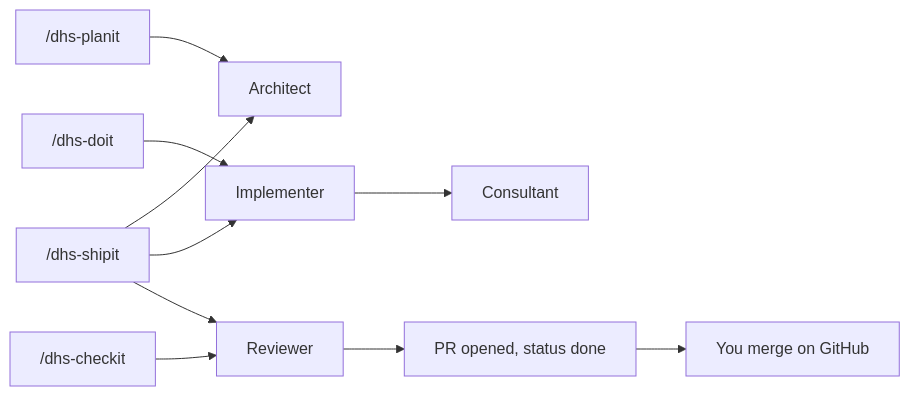
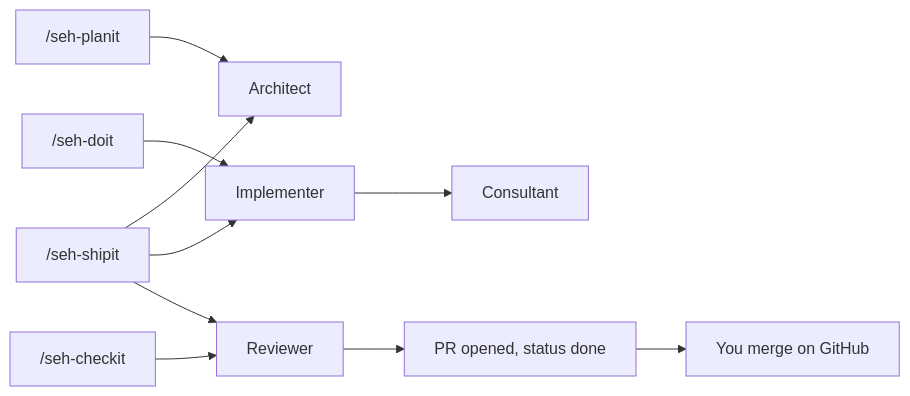
The first of 3 diagrams in README.md (meehow-halas/se-harness), drawn with Mermaid before and after one commit. The commit also changed other lines of this file and 67 other files, not shown here.

Commit message:
renaming dhs to seh

````diff
--- a/README.md
+++ b/README.md
@@ -114,12 +114,12 @@
 ```mermaid
 flowchart LR
-  planit["/dhs-planit"] --> architect[Architect]
-  doit["/dhs-doit"] --> implementer[Implementer]
+  planit["/seh-planit"] --> architect[Architect]
+  doit["/seh-doit"] --> implementer[Implementer]
   implementer --> consultant[Consultant]
-  checkit["/dhs-checkit"] --> reviewer[Reviewer]
-  shipit["/dhs-shipit"] --> architect
+  checkit["/seh-checkit"] --> reviewer[Reviewer]
+  shipit["/seh-shipit"] --> architect
   shipit --> implementer
   shipit --> reviewer
   reviewer --> prDone["PR opened, status done"]
   prDone --> humanMerge[You merge on GitHub]
 ```
````
